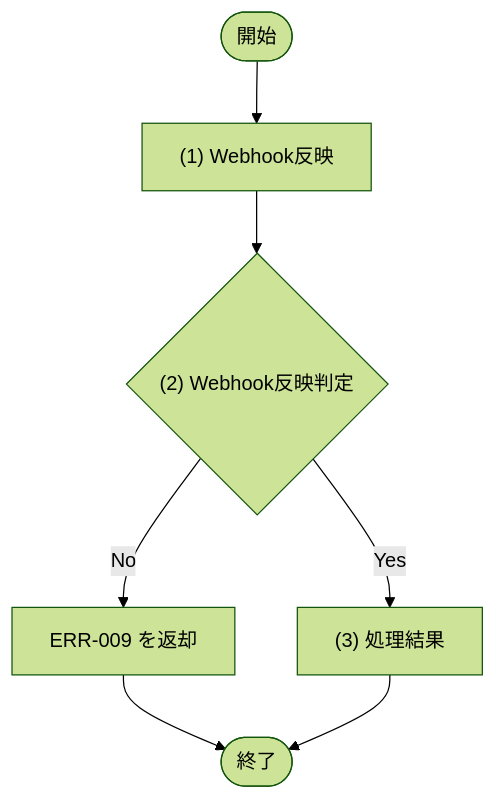
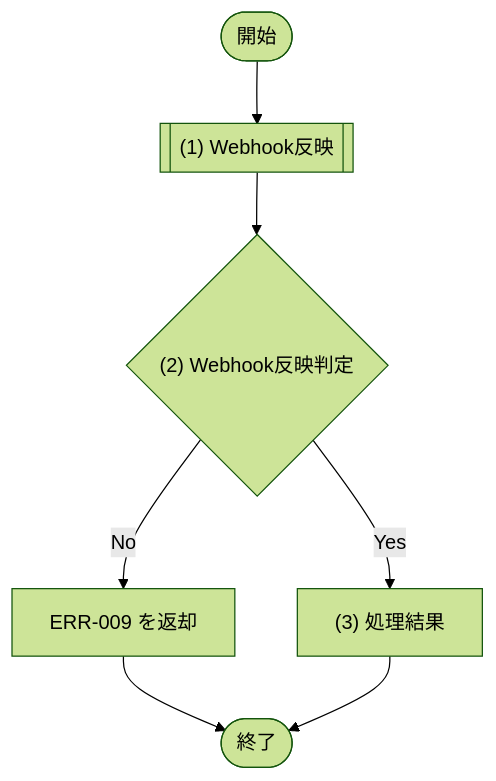
One commit to sikakou54/system-document-template changed the diagram in docs/03_機能設計/03_API設計/API-011_StripeWebhook受信.md. Above: the diagram before and after it, drawn with Mermaid (forest theme). The commit also changed 28 other files, not shown here.

````diff
--- a/docs/03_機能設計/03_API設計/API-011_StripeWebhook受信.md
+++ b/docs/03_機能設計/03_API設計/API-011_StripeWebhook受信.md
@@ -38,13 +38,13 @@
 ```mermaid
 flowchart TD
   Start([開始])
-  P1["(1) Webhook反映"]
+  P1[["(1) Webhook反映"]]
   D1{"(2) Webhook反映判定"}
   E1["ERR-009 を返却"]
   P2["(3) 処理結果"]
   End([終了])
 
   Start --> P1 --> D1
   D1 -- "No" --> E1 --> End
   D1 -- "Yes" --> P2 --> End
 ```
````
